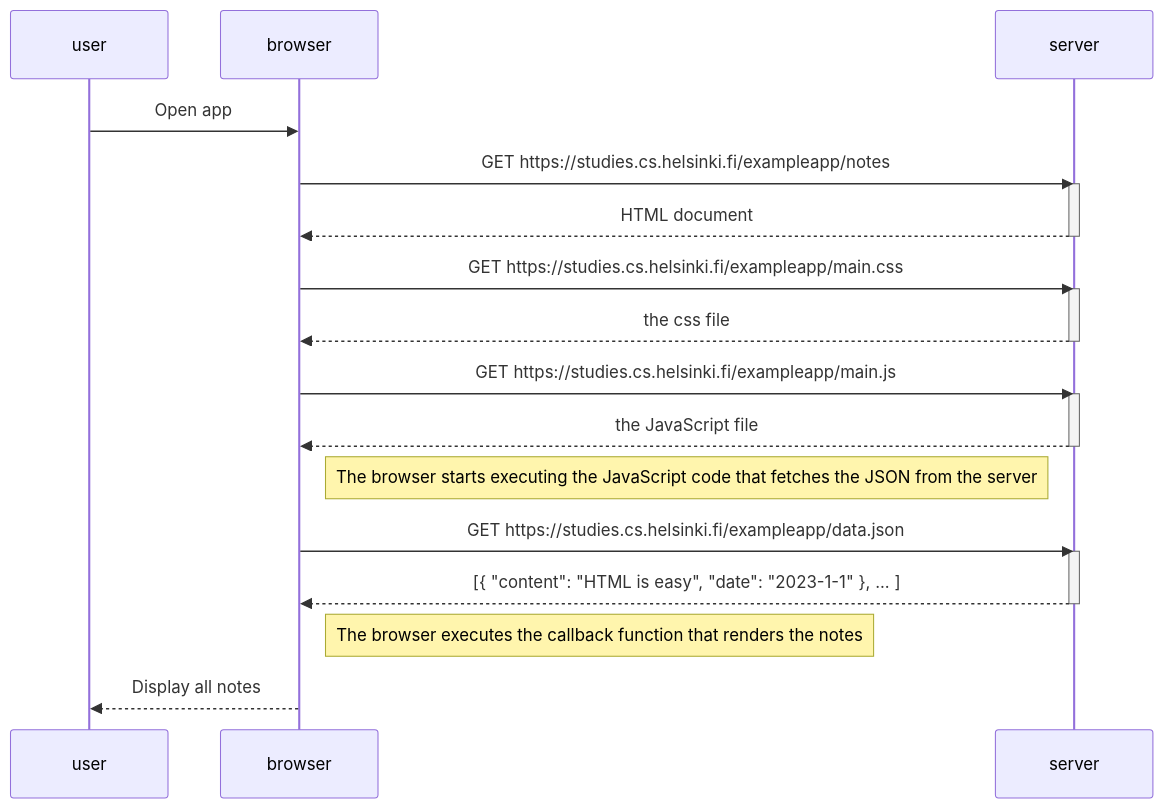
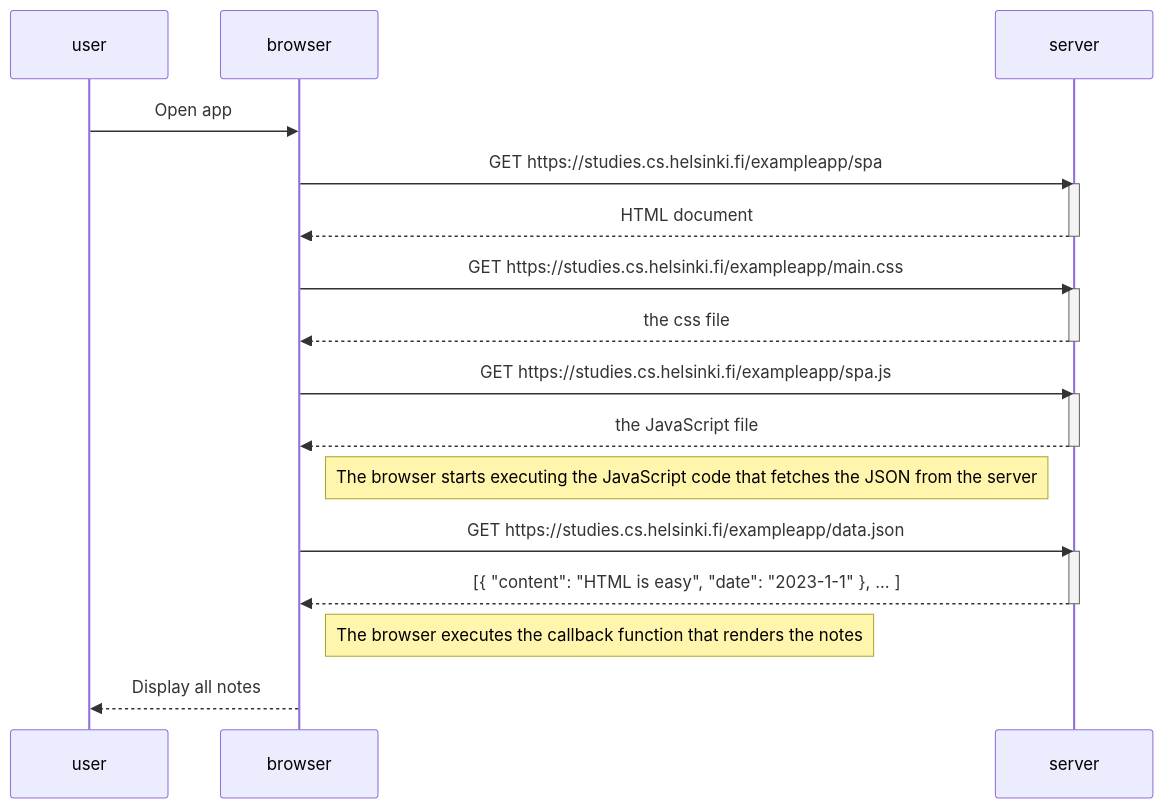
One commit to jnnoah/CSI4103-Lab2 changed the diagram in part0/SinglePage.md. Above: the diagram before and after it, drawn with Mermaid. The commit also changed 2 other files, not shown here.

````diff
--- a/part0/SinglePage.md
+++ b/part0/SinglePage.md
@@ -1,34 +1,34 @@
 ```mermaid
 sequenceDiagram
     participant user
     participant browser
     participant server
 
     user->>browser: Open app
     
-    browser->>server: GET https://studies.cs.helsinki.fi/exampleapp/notes
+    browser->>server: GET https://studies.cs.helsinki.fi/exampleapp/spa
     activate server
     server-->>browser: HTML document
     deactivate server
     
     browser->>server: GET https://studies.cs.helsinki.fi/exampleapp/main.css
     activate server
     server-->>browser: the css file
     deactivate server
     
-    browser->>server: GET https://studies.cs.helsinki.fi/exampleapp/main.js
+    browser->>server: GET https://studies.cs.helsinki.fi/exampleapp/spa.js
     activate server
     server-->>browser: the JavaScript file
     deactivate server
     
     Note right of browser: The browser starts executing the JavaScript code that fetches the JSON from the server
     
     browser->>server: GET https://studies.cs.helsinki.fi/exampleapp/data.json
     activate server
     server-->>browser: [{ "content": "HTML is easy", "date": "2023-1-1" }, ... ]
     deactivate server    
 
     Note right of browser: The browser executes the callback function that renders the notes 
 
     browser-->>user: Display all notes
 ```
````
